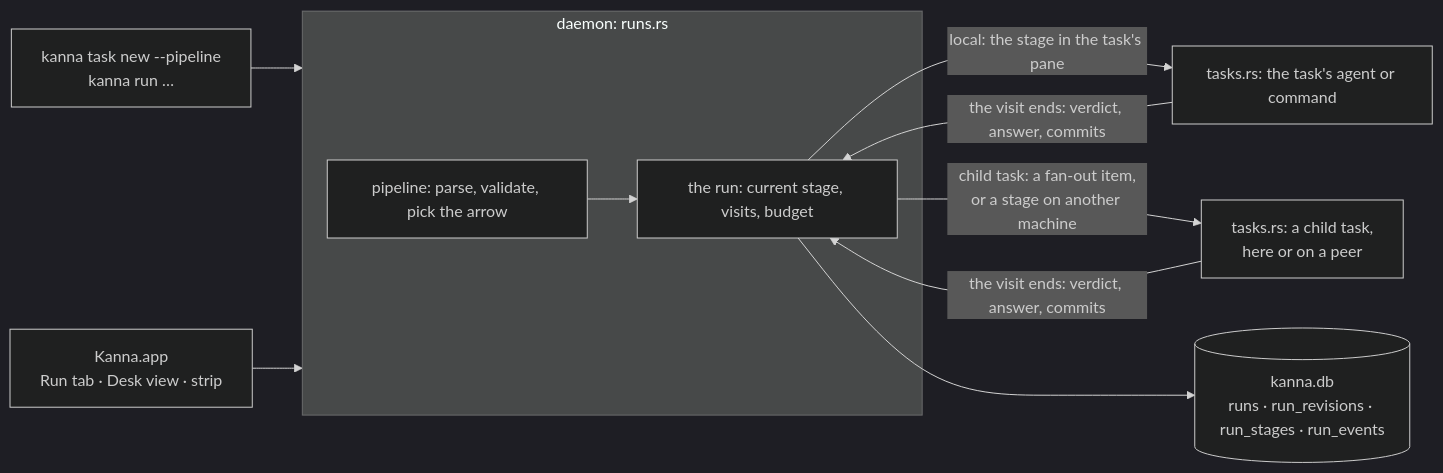
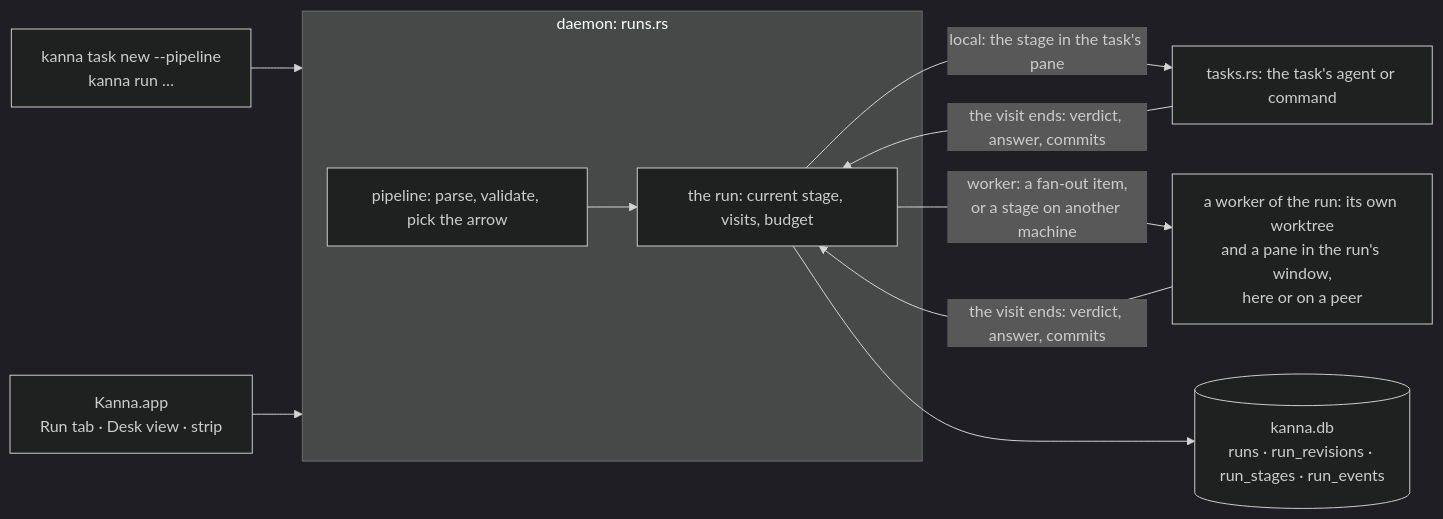
The second of 4 diagrams in docs/specs/software-factory.md (tampopogk/kanna), drawn with Mermaid (dark theme) before and after one commit. The commit also changed other lines of this file and 9 other files, not shown here.

Commit message:
Software factory: a run is one task everywhere tasks show; its fan-out parts and remote stages are workers inside the run (a worktree and a tab of the run's window each, pipelines.workers at a time, listed on the Run tab), never tasks on the Shelf, the Desk, the strip or task list

````diff
--- a/docs/specs/software-factory.md
+++ b/docs/specs/software-factory.md
@@ -47,14 +47,14 @@
 ```mermaid
 flowchart LR
     CLI["kanna task new --pipeline<br/>kanna run …"] --> D
     APP["Kanna.app<br/>Run tab · Desk view · strip"] --> D
     subgraph D["daemon: runs.rs"]
         PIPE["pipeline: parse, validate, pick the arrow"]
         RUN["the run: current stage, visits, budget"]
         PIPE --> RUN
     end
     RUN -->|"local: the stage in the task's pane"| T["tasks.rs: the task's agent or command"]
-    RUN -->|"child task: a fan-out item,<br/>or a stage on another machine"| C["tasks.rs: a child task,<br/>here or on a peer"]
+    RUN -->|"worker: a fan-out item,<br/>or a stage on another machine"| C["a worker of the run: its own worktree<br/>and a pane in the run's window,<br/>here or on a peer"]
     T & C -->|"the visit ends: verdict, answer, commits"| RUN
     RUN --> DB[("kanna.db<br/>runs · run_revisions · run_stages · run_events")]
 ```
````
